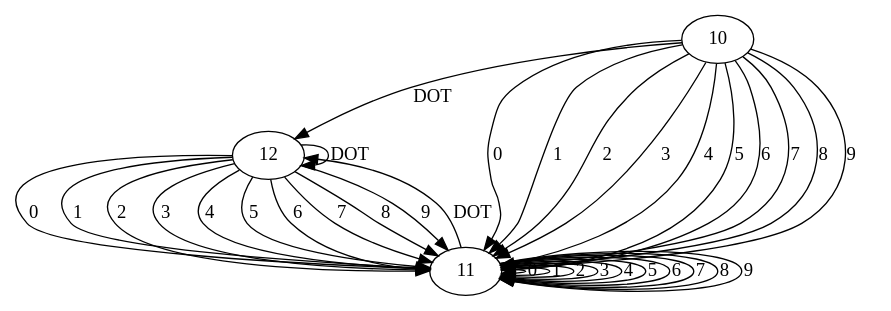
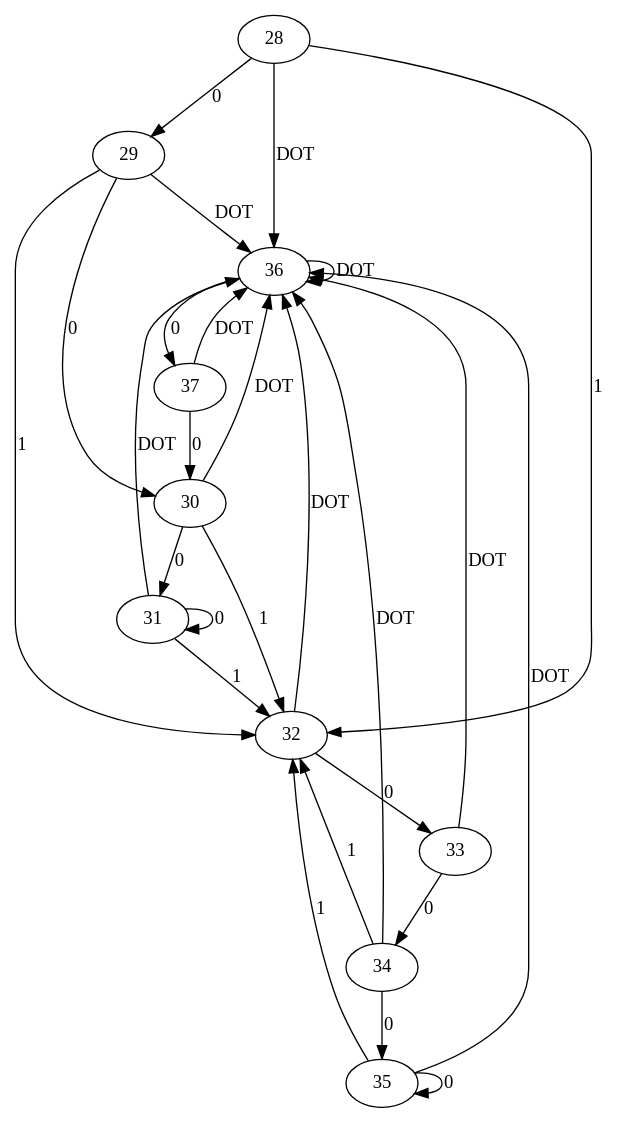
The diagram in dot/dfa.dot (dsiragusa/grep), drawn with Graphviz before and after one commit. The commit also changed 10 other files, not shown here.

```diff
--- a/dot/dfa.dot
+++ b/dot/dfa.dot
@@ -1,35 +1,28 @@
 digraph nfa{
-12 -> 11 [label="0"];
-12 -> 11 [label="1"];
-12 -> 11 [label="2"];
-12 -> 11 [label="3"];
-12 -> 11 [label="4"];
-12 -> 11 [label="5"];
-12 -> 11 [label="6"];
-12 -> 11 [label="7"];
-12 -> 11 [label="8"];
-12 -> 11 [label="9"];
-12 -> 12 [label="DOT"];
-11 -> 11 [label="0"];
-11 -> 11 [label="1"];
-11 -> 11 [label="2"];
-11 -> 11 [label="3"];
-11 -> 11 [label="4"];
-11 -> 11 [label="5"];
-11 -> 11 [label="6"];
-11 -> 11 [label="7"];
-11 -> 11 [label="8"];
-11 -> 11 [label="9"];
-11 -> 12 [label="DOT"];
-10 -> 11 [label="0"];
-10 -> 11 [label="1"];
-10 -> 11 [label="2"];
-10 -> 11 [label="3"];
-10 -> 11 [label="4"];
-10 -> 11 [label="5"];
-10 -> 11 [label="6"];
-10 -> 11 [label="7"];
-10 -> 11 [label="8"];
-10 -> 11 [label="9"];
-10 -> 12 [label="DOT"];
+36 -> 37 [label="0"];
+36 -> 36 [label="DOT"];
+34 -> 35 [label="0"];
+34 -> 32 [label="1"];
+34 -> 36 [label="DOT"];
+33 -> 34 [label="0"];
+33 -> 36 [label="DOT"];
+32 -> 33 [label="0"];
+32 -> 36 [label="DOT"];
+31 -> 31 [label="0"];
+31 -> 32 [label="1"];
+31 -> 36 [label="DOT"];
+37 -> 30 [label="0"];
+37 -> 36 [label="DOT"];
+29 -> 30 [label="0"];
+29 -> 32 [label="1"];
+29 -> 36 [label="DOT"];
+35 -> 35 [label="0"];
+35 -> 32 [label="1"];
+35 -> 36 [label="DOT"];
+30 -> 31 [label="0"];
+30 -> 32 [label="1"];
+30 -> 36 [label="DOT"];
+28 -> 29 [label="0"];
+28 -> 32 [label="1"];
+28 -> 36 [label="DOT"];
 }
```
